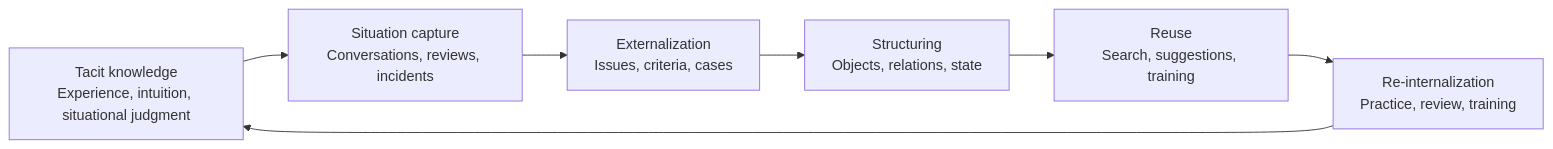
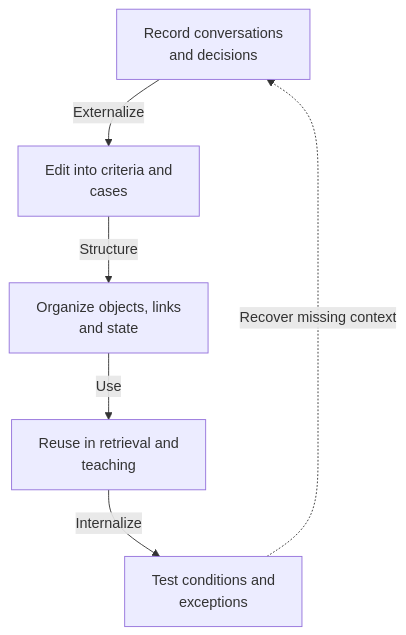
The ninth of 13 diagrams in articles/report/ai-llm-ontology-memory/en/index.mdx (daylight55/research), drawn with Mermaid before and after one commit. The commit also changed other lines of this file and 181 other files, not shown here.

First line of the commit message:
全記事の図解368点を再生成し、共通注意書きを削除 (#402)

````diff
--- a/articles/report/ai-llm-ontology-memory/en/index.mdx
+++ b/articles/report/ai-llm-ontology-memory/en/index.mdx
@@ -274,9 +327,15 @@
 ```mermaid
-flowchart LR
-  Tacit["Tacit knowledge<br/>Experience, intuition, situational judgment"] --> Capture["Situation capture<br/>Conversations, reviews, incidents"]
-  Capture --> Externalize["Externalization<br/>Issues, criteria, cases"]
-  Externalize --> Structure["Structuring<br/>Objects, relations, state"]
-  Structure --> Reuse["Reuse<br/>Search, suggestions, training"]
-  Reuse --> Internalize["Re-internalization<br/>Practice, review, training"]
-  Internalize --> Tacit
+flowchart TD
+  accTitle: Record tacit knowledge and test it in practice
+  accDescr: Edit recorded situations into decision criteria and cases for retrieval and teaching. Practice after reuse reveals missing context.
+  N0["Record conversations<br/>and decisions"]
+  N1["Edit into criteria and<br/>cases"]
+  N2["Organize objects, links<br/>and state"]
+  N3["Reuse in retrieval and<br/>teaching"]
+  N4["Test conditions and<br/>exceptions"]
+  N0 -->|Externalize| N1
+  N1 -->|Structure| N2
+  N2 -->|Use| N3
+  N3 -->|Internalize| N4
+  N4 -.->|Recover missing context| N0
 ```
````
